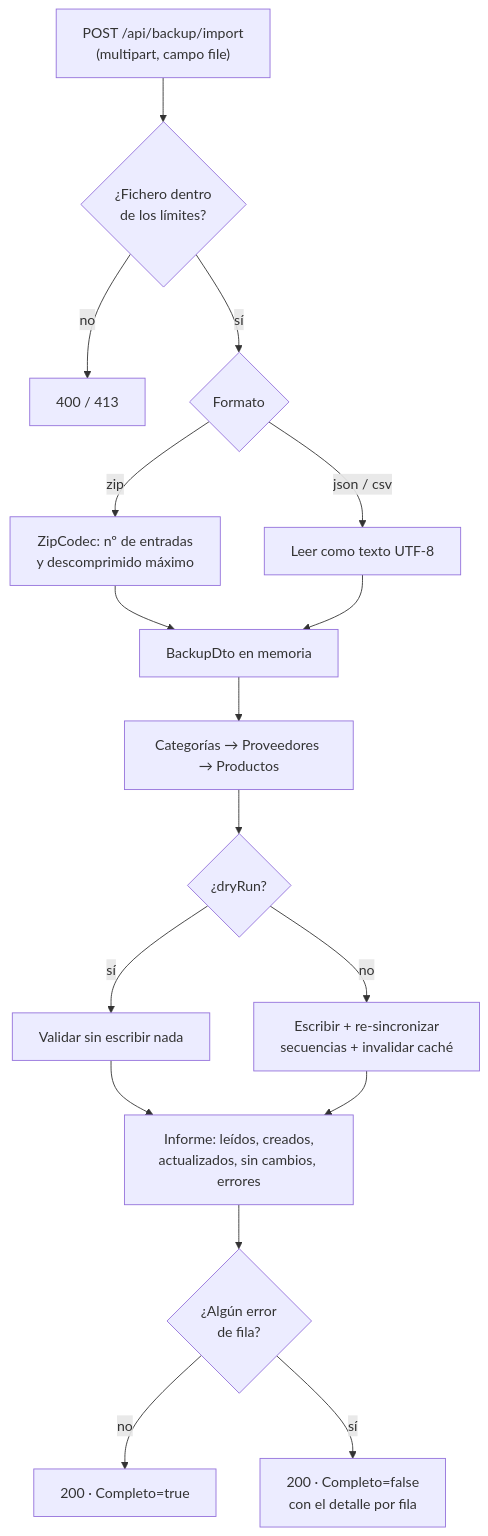
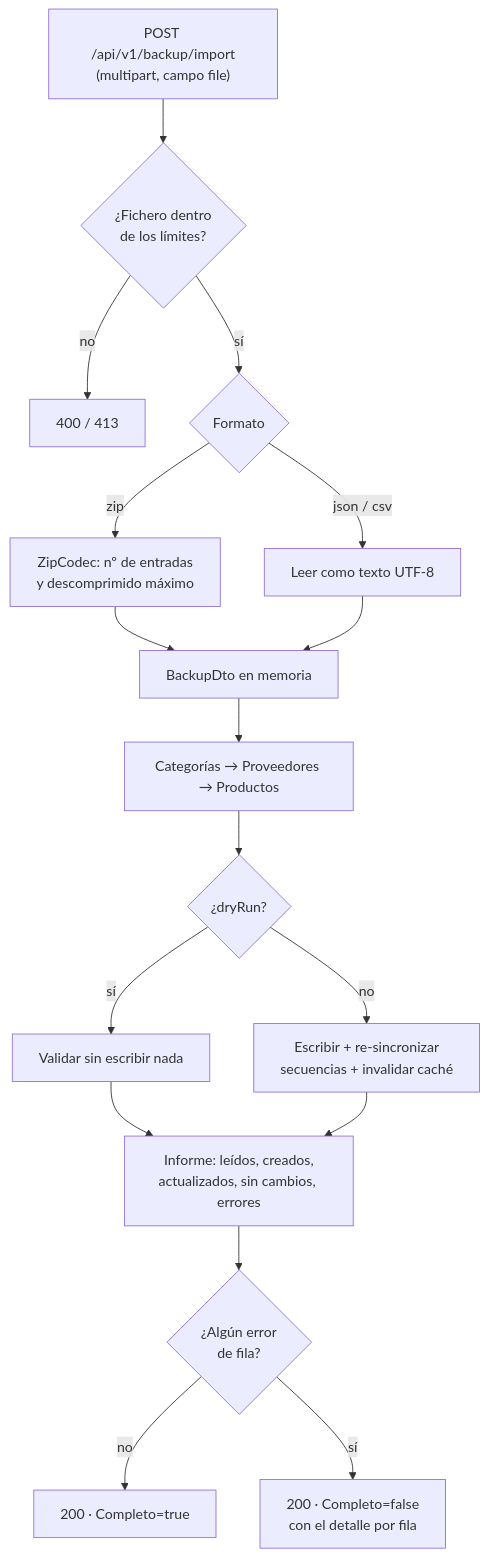
One commit to joseluisgs/TiendaDawApi-NetCore changed the second of 2 diagrams in doc/32-backup-restore.md. Above: the diagram before and after it, drawn with Mermaid. The commit also changed other lines of this file and 237 other files, not shown here.

````diff
--- a/doc/32-backup-restore.md
+++ b/doc/32-backup-restore.md
@@ -59,19 +59,19 @@
 ```mermaid
 flowchart TD
-    A["POST /api/backup/import<br/>(multipart, campo file)"] --> B{¿Fichero dentro<br/>de los límites?}
+    A["POST /api/v1/backup/import<br/>(multipart, campo file)"] --> B{¿Fichero dentro<br/>de los límites?}
     B -->|no| C[400 / 413]
     B -->|sí| D{Formato}
     D -->|zip| E["ZipCodec: nº de entradas<br/>y descomprimido máximo"]
     D -->|json / csv| F[Leer como texto UTF-8]
     E --> G[BackupDto en memoria]
     F --> G
     G --> H["Categorías → Proveedores → Productos"]
     H --> I{¿dryRun?}
     I -->|sí| J[Validar sin escribir nada]
     I -->|no| K[Escribir + re-sincronizar<br/>secuencias + invalidar caché]
     J --> L[Informe: leídos, creados,<br/>actualizados, sin cambios, errores]
     K --> L
     L --> M{¿Algún error<br/>de fila?}
     M -->|no| N["200 · Completo=true"]
     M -->|sí| O["200 · Completo=false<br/>con el detalle por fila"]
 ```
````
